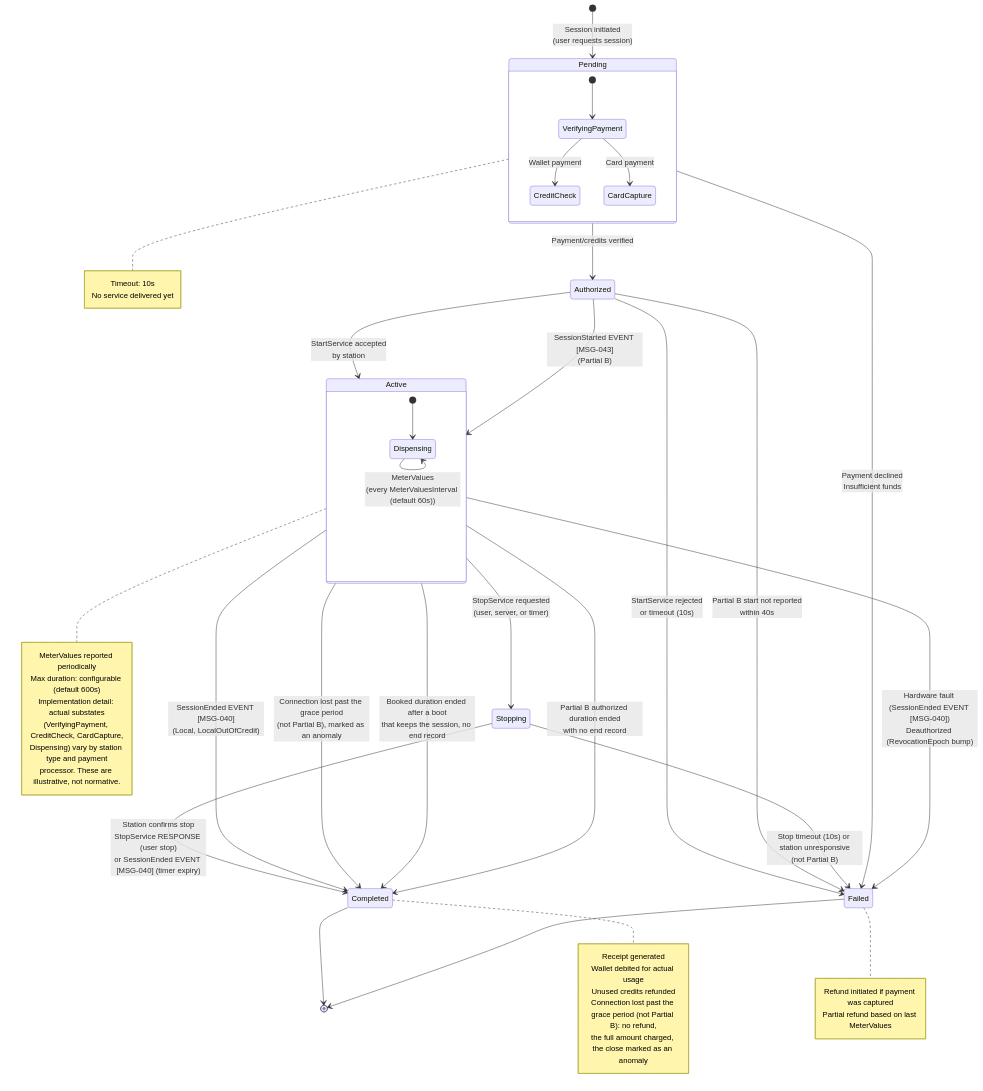
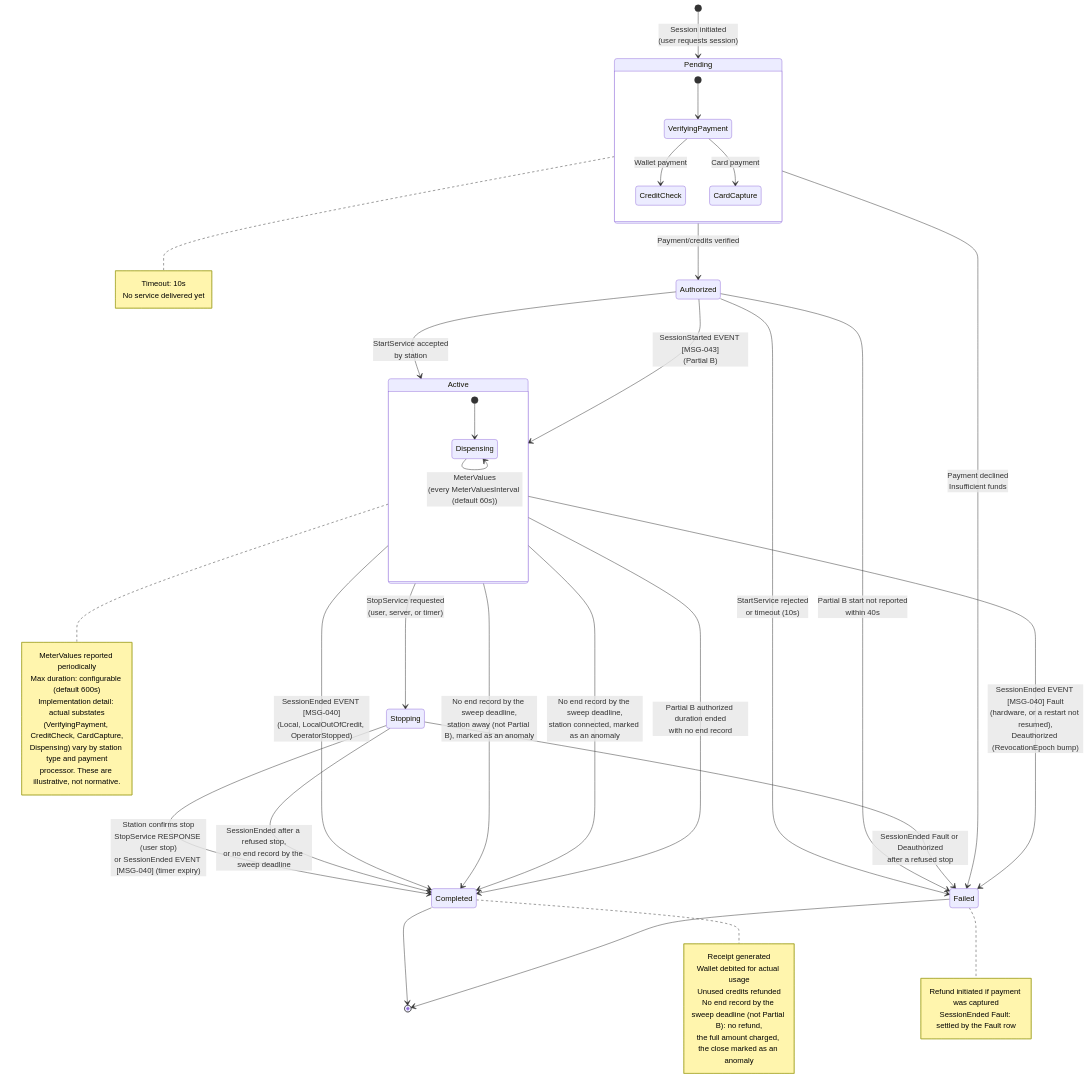
The diagram in diagrams/state-machine-session.mmd (ospp-org/spec), drawn with Mermaid before and after one commit. The commit also changed 16 other files, not shown here.

```diff
--- a/diagrams/state-machine-session.mmd
+++ b/diagrams/state-machine-session.mmd
@@ -1,64 +1,65 @@
 %% OSPP Session Lifecycle State Machine
 %% Reference: spec/05-state-machines.md, Section 3
 
 stateDiagram-v2
     [*] --> Pending : Session initiated<br/>(user requests session)
 
     Pending --> Authorized : Payment/credits verified
     Pending --> Failed : Payment declined<br/>Insufficient funds
 
     Authorized --> Active : StartService accepted<br/>by station
     Authorized --> Active : SessionStarted EVENT [MSG-043]<br/>(Partial B)
     Authorized --> Failed : StartService rejected<br/>or timeout (10s)
     Authorized --> Failed : Partial B start not reported<br/>within 40s
 
     Active --> Stopping : StopService requested<br/>(user, server, or timer)
-    Active --> Completed : SessionEnded EVENT [MSG-040]<br/>(Local, LocalOutOfCredit)
-    Active --> Failed : Hardware fault (SessionEnded EVENT [MSG-040])<br/>Deauthorized (RevocationEpoch bump)
-    Active --> Completed : Connection lost past the grace period<br/>(not Partial B), marked as an anomaly
-    Active --> Completed : Booked duration ended after a boot<br/>that keeps the session, no end record
+    Active --> Completed : SessionEnded EVENT [MSG-040]<br/>(Local, LocalOutOfCredit, OperatorStopped)
+    Active --> Failed : SessionEnded EVENT [MSG-040] Fault<br/>(hardware, or a restart not resumed),<br/>Deauthorized (RevocationEpoch bump)
+    Active --> Completed : No end record by the sweep deadline,<br/>station away (not Partial B), marked as an anomaly
+    Active --> Completed : No end record by the sweep deadline,<br/>station connected, marked as an anomaly
     Active --> Completed : Partial B authorized duration ended<br/>with no end record
 
     Stopping --> Completed : Station confirms stop<br/>StopService RESPONSE (user stop)<br/>or SessionEnded EVENT [MSG-040] (timer expiry)
-    Stopping --> Failed : Stop timeout (10s) or station unresponsive<br/>(not Partial B)
+    Stopping --> Completed : SessionEnded after a refused stop,<br/>or no end record by the sweep deadline
+    Stopping --> Failed : SessionEnded Fault or Deauthorized<br/>after a refused stop
 
     Completed --> [*]
     Failed --> [*]
 
     state Pending {
         [*] --> VerifyingPayment
         VerifyingPayment --> CreditCheck : Wallet payment
         VerifyingPayment --> CardCapture : Card payment
     }
 
     state Active {
         [*] --> Dispensing
         Dispensing --> Dispensing : MeterValues<br/>(every MeterValuesInterval (default 60s))
     }
 
     note right of Pending
         Timeout: 10s
         No service delivered yet
     end note
 
     note right of Active
         MeterValues reported periodically
         Max duration: configurable (default 600s)
         Implementation detail: actual substates
         (VerifyingPayment, CreditCheck, CardCapture,
         Dispensing) vary by station type and payment
         processor. These are illustrative, not normative.
     end note
 
     note right of Completed
         Receipt generated
         Wallet debited for actual usage
         Unused credits refunded
-        Connection lost past the grace period (not Partial B): no refund,
+        No end record by the sweep deadline (not Partial B): no refund,
         the full amount charged, the close marked as an anomaly
     end note
 
     note right of Failed
         Refund initiated if payment was captured
-        Partial refund based on last MeterValues
+        SessionEnded Fault: settled by the Fault row
     end note
```
